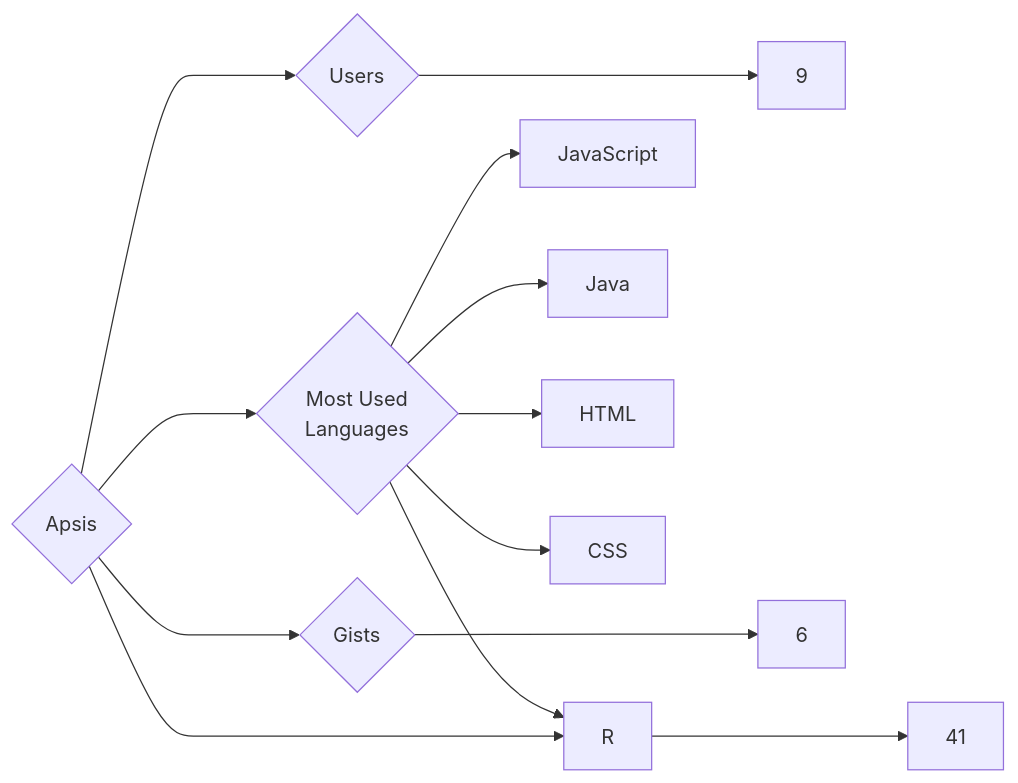
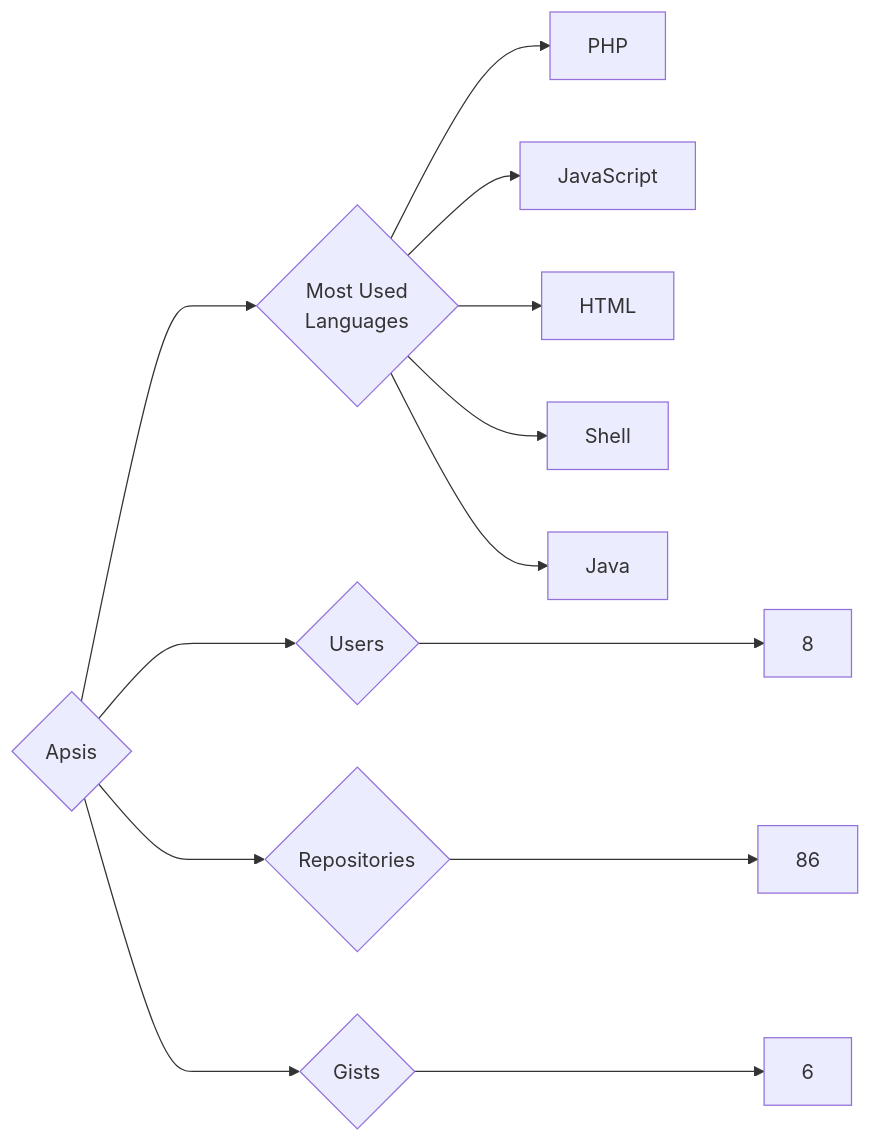
Before and after one commit to trickest/insiders: the diagram in targets/Apsis/README.md, drawn with Mermaid. The commit also changed 1120 other files, not shown here.

````diff
--- a/targets/Apsis/README.md
+++ b/targets/Apsis/README.md
@@ -3,13 +3,13 @@
 ```mermaid
 graph LR
 COMPANY_NAME{Apsis}
-COMPANY_NAME ---> U{Users} ---> UN[9]
-COMPANY_NAME ---> R{Repositories} ---> RN[41]
+COMPANY_NAME ---> U{Users} ---> UN[8]
+COMPANY_NAME ---> R{Repositories} ---> RN[86]
 COMPANY_NAME ---> G{Gists} ---> GN[6]
 COMPANY_NAME ---> ML{Most Used<br>Languages}
+ML --> PHP[PHP]
 ML --> JavaScript[JavaScript]
+ML --> HTML[HTML]
+ML --> Shell[Shell]
 ML --> Java[Java]
-ML --> HTML[HTML]
-ML --> R[R]
-ML --> CSS[CSS]
 ```
````
